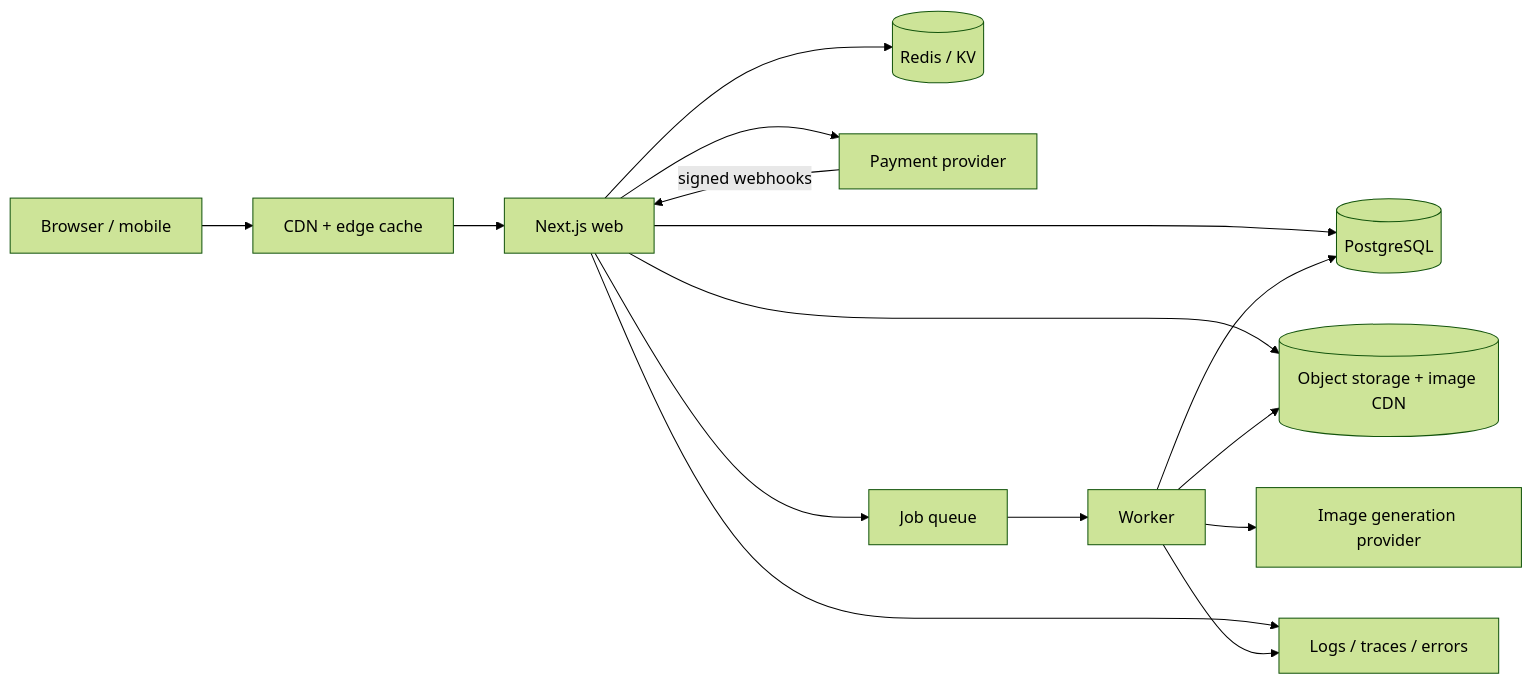
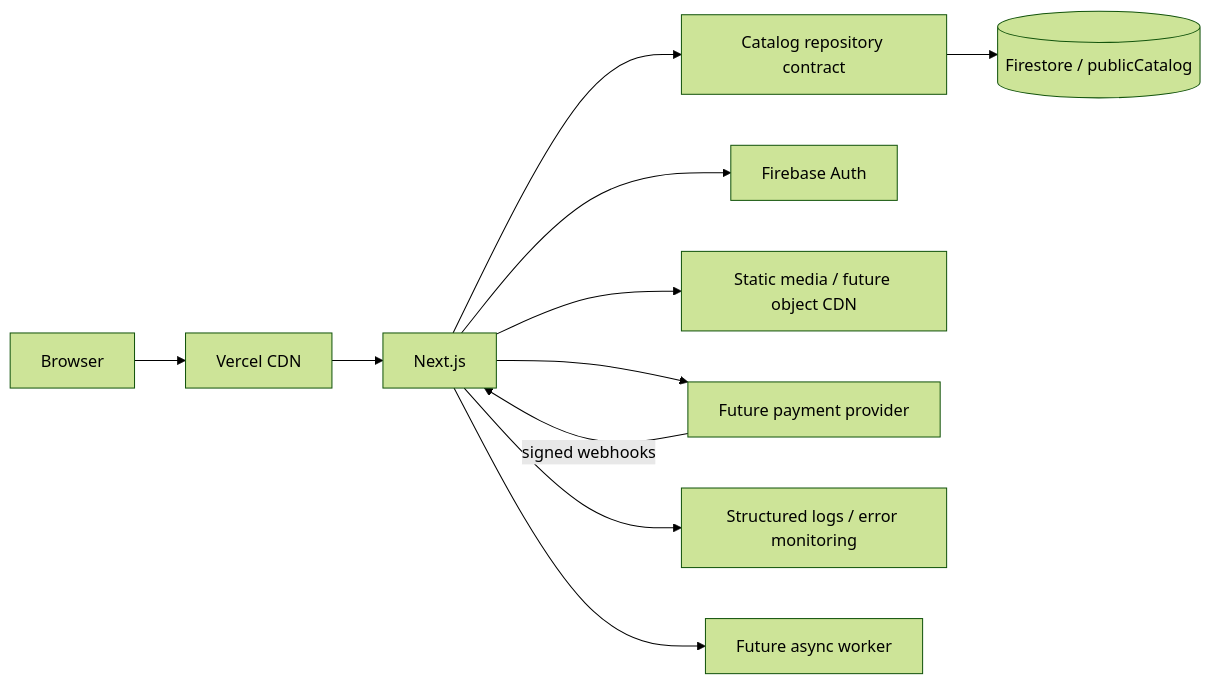
One commit to gernotfound/unsaid changed the diagram in docs/ARCHITECTURE.md. Above: the diagram before and after it, drawn with Mermaid (forest theme). The commit also changed other lines of this file and 39 other files, not shown here.

````diff
--- a/docs/ARCHITECTURE.md
+++ b/docs/ARCHITECTURE.md
@@ -6,17 +9,13 @@
 ```mermaid
 flowchart LR
-  U[Browser / mobile] --> CDN[CDN + edge cache]
-  CDN --> WEB[Next.js web]
-  WEB --> PG[(PostgreSQL)]
-  WEB --> REDIS[(Redis / KV)]
-  WEB --> OBJ[(Object storage + image CDN)]
-  WEB --> PAY[Payment provider]
-  WEB --> Q[Job queue]
-  Q --> W[Worker]
-  W --> OBJ
-  W --> PG
-  W --> IMG[Image generation provider]
+  U[Browser] --> CDN[Vercel CDN]
+  CDN --> WEB[Next.js]
+  WEB --> CAT[Catalog repository contract]
+  CAT --> FS[(Firestore / publicCatalog)]
+  WEB --> AUTH[Firebase Auth]
+  WEB --> MEDIA[Static media / future object CDN]
+  WEB --> PAY[Future payment provider]
+  WEB --> OBS[Structured logs / error monitoring]
   PAY -->|signed webhooks| WEB
-  WEB --> OBS[Logs / traces / errors]
-  W --> OBS
+  WEB --> W[Future async worker]
 ```
````
